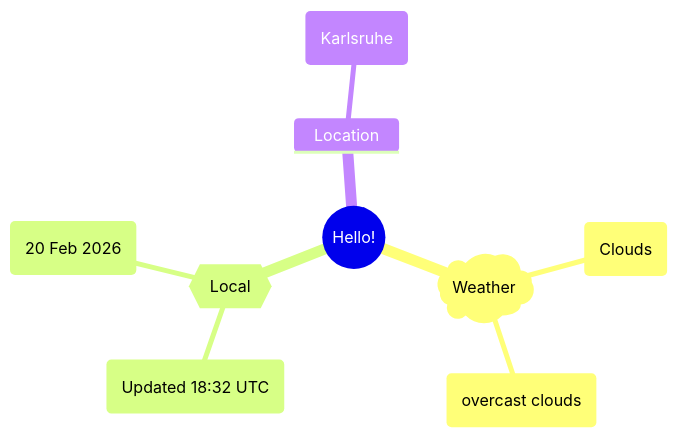
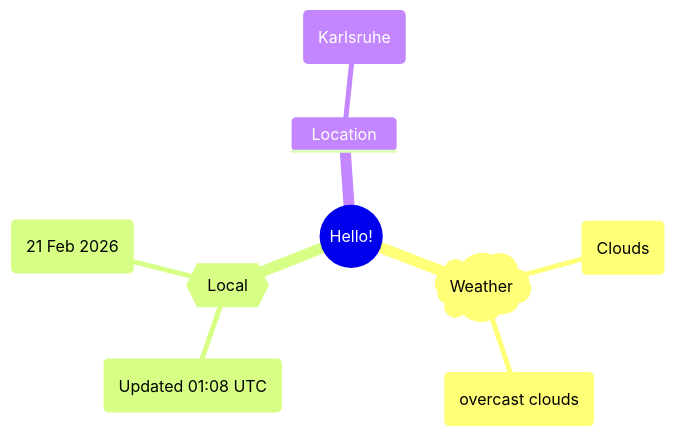
One commit to Xosrov/Xosrov changed the first of 2 diagrams in README.md. Above: the diagram before and after it, drawn with Mermaid.

Commit message:
[bot] updated images

````diff
--- a/README.md
+++ b/README.md
@@ -3,12 +3,12 @@
 ```mermaid
 mindmap
   root((Hello!))
     )Weather(
         (Clouds)
         (overcast clouds)
     {{Local}}
-        (Updated 18:32 UTC)
-        (20 Feb 2026)
+        (Updated 01:08 UTC)
+        (21 Feb 2026)
     Location
         (Karlsruhe)
 ```
````
